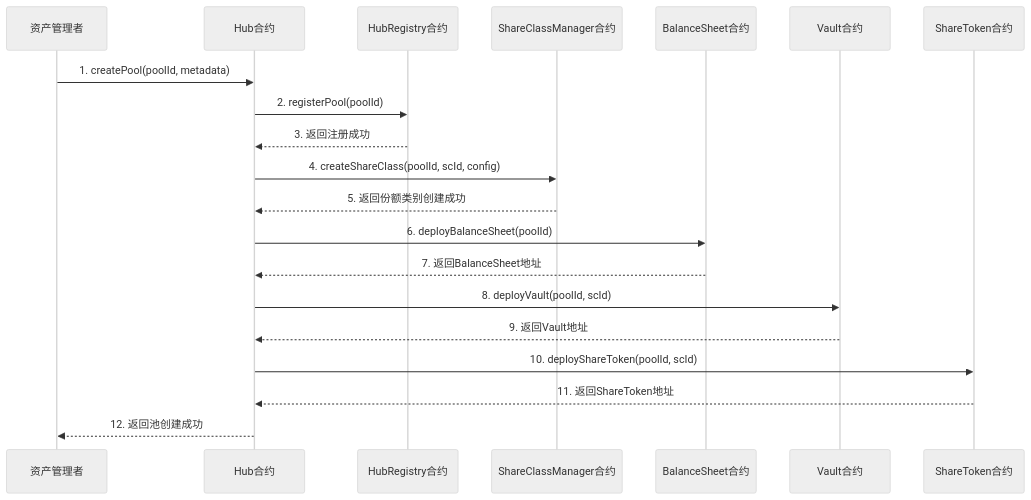
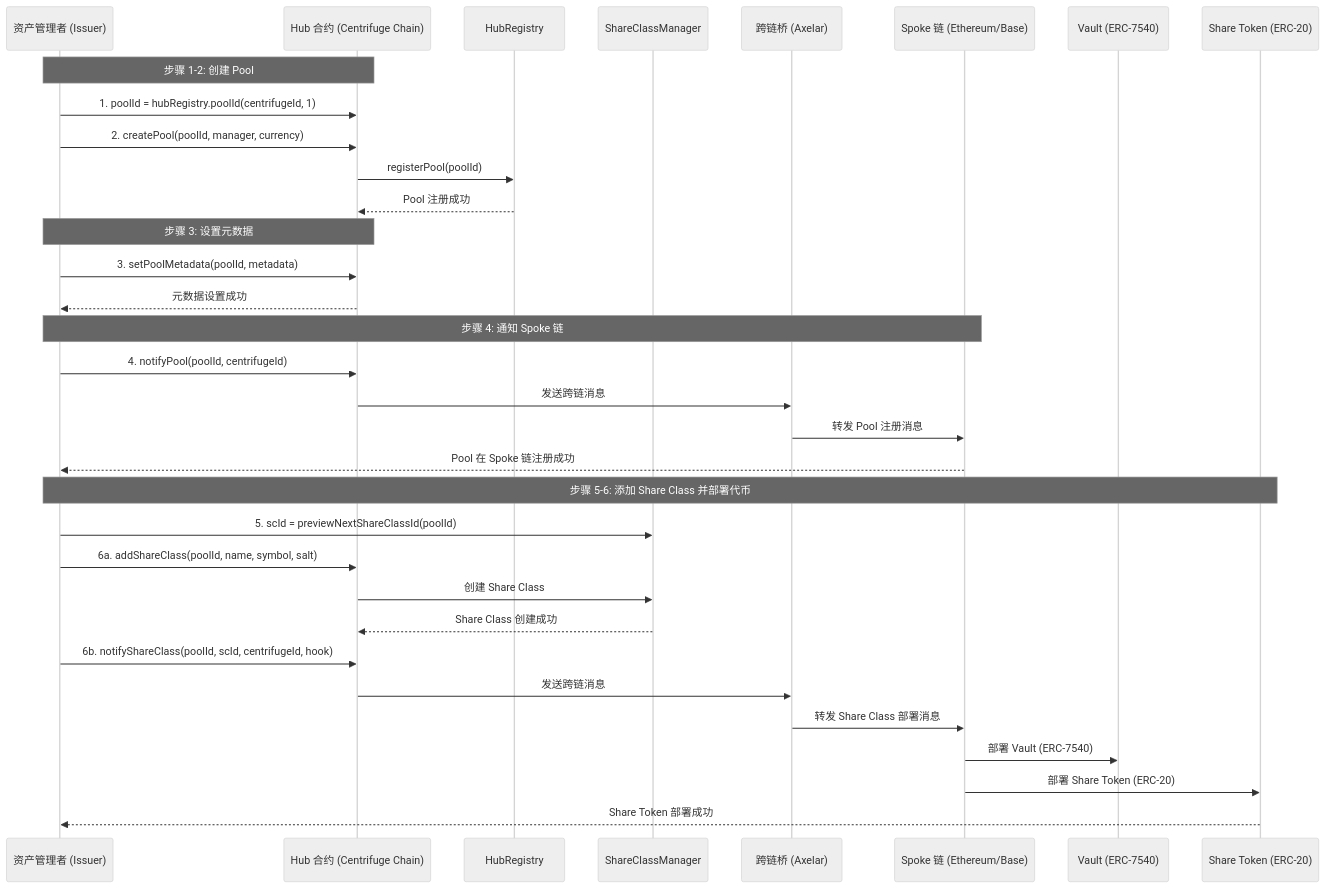
Before and after one commit to USDAble/rwa-husd-docs: the first of 7 diagrams in product-analysis/RWA-Protocols/Centrifuge/technical-deep-dive.md, drawn with Mermaid (neutral theme). The commit also changed other lines of this file, not shown here.

First line of the commit message:
feat: Centrifuge Pool创建流程完全对齐官方文档 (第一阶段)

````diff
--- a/product-analysis/RWA-Protocols/Centrifuge/technical-deep-dive.md
+++ b/product-analysis/RWA-Protocols/Centrifuge/technical-deep-dive.md
@@ -75,23 +102,40 @@
 ```mermaid
 sequenceDiagram
-    participant Issuer as 资产管理者
-    participant Hub as Hub合约
-    participant HubRegistry as HubRegistry合约
-    participant ShareClassMgr as ShareClassManager合约
-    participant BalanceSheet as BalanceSheet合约
-    participant Vault as Vault合约
-    participant ShareToken as ShareToken合约
+    participant Issuer as 资产管理者 (Issuer)
+    participant Hub as Hub 合约 (Centrifuge Chain)
+    participant HubRegistry as HubRegistry
+    participant ShareClassMgr as ShareClassManager
+    participant Bridge as 跨链桥 (Axelar)
+    participant Spoke as Spoke 链 (Ethereum/Base)
+    participant Vault as Vault (ERC-7540)
+    participant ShareToken as Share Token (ERC-20)
 
-    Issuer->>Hub: 1. createPool(poolId, metadata)
-    Hub->>HubRegistry: 2. registerPool(poolId)
-    HubRegistry-->>Hub: 3. 返回注册成功
-    Hub->>ShareClassMgr: 4. createShareClass(poolId, scId, config)
-    ShareClassMgr-->>Hub: 5. 返回份额类别创建成功
-    Hub->>BalanceSheet: 6. deployBalanceSheet(poolId)
-    BalanceSheet-->>Hub: 7. 返回BalanceSheet地址
-    Hub->>Vault: 8. deployVault(poolId, scId)
-    Vault-->>Hub: 9. 返回Vault地址
-    Hub->>ShareToken: 10. deployShareToken(poolId, scId)
-    ShareToken-->>Hub: 11. 返回ShareToken地址
-    Hub-->>Issuer: 12. 返回池创建成功
+    Note over Issuer,Hub: 步骤 1-2: 创建 Pool
+    Issuer->>Hub: 1. poolId = hubRegistry.poolId(centrifugeId, 1)
+    Issuer->>Hub: 2. createPool(poolId, manager, currency)
+    Hub->>HubRegistry: registerPool(poolId)
+    HubRegistry-->>Hub: Pool 注册成功
+
+    Note over Issuer,Hub: 步骤 3: 设置元数据
+    Issuer->>Hub: 3. setPoolMetadata(poolId, metadata)
+    Hub-->>Issuer: 元数据设置成功
+
+    Note over Issuer,Spoke: 步骤 4: 通知 Spoke 链
+    Issuer->>Hub: 4. notifyPool(poolId, centrifugeId)
+    Hub->>Bridge: 发送跨链消息
+    Bridge->>Spoke: 转发 Pool 注册消息
+    Spoke-->>Issuer: Pool 在 Spoke 链注册成功
+
+    Note over Issuer,ShareToken: 步骤 5-6: 添加 Share Class 并部署代币
+    Issuer->>ShareClassMgr: 5. scId = previewNextShareClassId(poolId)
+    Issuer->>Hub: 6a. addShareClass(poolId, name, symbol, salt)
+    Hub->>ShareClassMgr: 创建 Share Class
+    ShareClassMgr-->>Hub: Share Class 创建成功
+
+    Issuer->>Hub: 6b. notifyShareClass(poolId, scId, centrifugeId, hook)
+    Hub->>Bridge: 发送跨链消息
+    Bridge->>Spoke: 转发 Share Class 部署消息
+    Spoke->>Vault: 部署 Vault (ERC-7540)
+    Spoke->>ShareToken: 部署 Share Token (ERC-20)
+    ShareToken-->>Issuer: Share Token 部署成功
 ```
````
